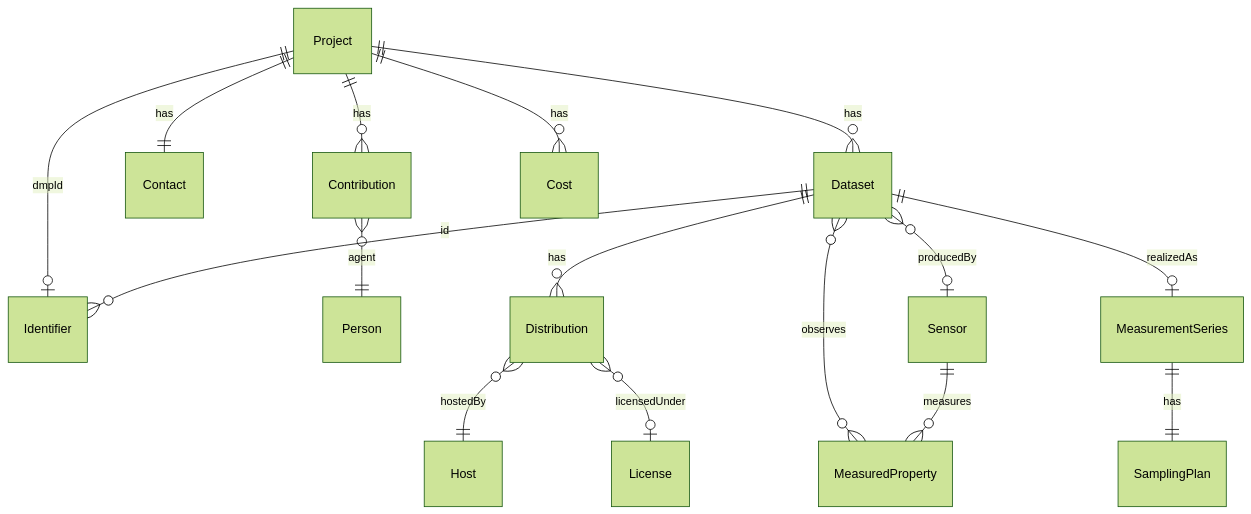
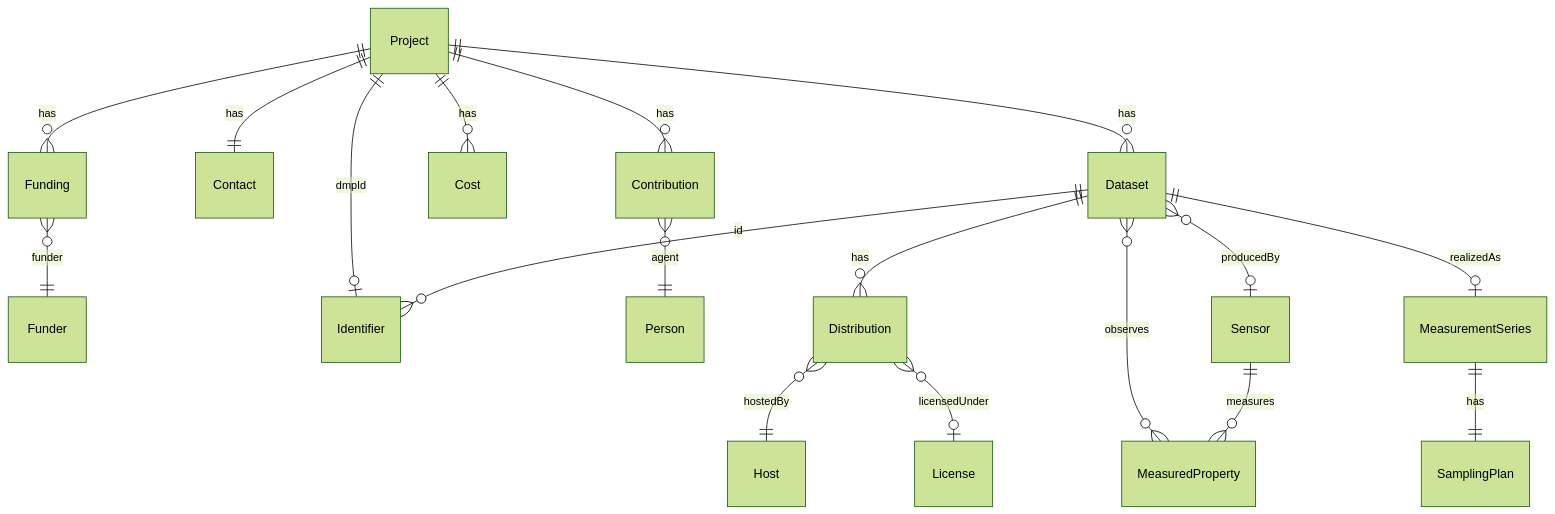
One commit to EnergyDataOrchestrator/regimo-infrastructure changed the diagram in fuseki-proto/inputs/internal-format/04_P04_S04_internal-format-spec.md. Above: the diagram before and after it, drawn with Mermaid (forest theme). The commit also changed other lines of this file and 23 other files, not shown here.

First line of the commit message:
fuseki-proto: internal format funder/funding extension (P43-P47)

````diff
--- a/fuseki-proto/inputs/internal-format/04_P04_S04_internal-format-spec.md
+++ b/fuseki-proto/inputs/internal-format/04_P04_S04_internal-format-spec.md
@@ -28,18 +28,20 @@
 ```mermaid
 erDiagram
     Project ||--o{ Dataset : has
     Project ||--|| Contact : has
     Project ||--o{ Contribution : has
     Project ||--o{ Cost : has
+    Project ||--o{ Funding : has
+    Funding }o--|| Funder : funder
     Project ||--o| Identifier : dmpId
     Contribution }o--|| Person : agent
     Dataset ||--o{ Distribution : has
     Dataset ||--o{ Identifier : id
     Dataset }o--o{ MeasuredProperty : observes
     Dataset }o--o| Sensor : producedBy
     Dataset ||--o| MeasurementSeries : realizedAs
     Sensor ||--o{ MeasuredProperty : measures
     Distribution }o--|| Host : hostedBy
     Distribution }o--o| License : licensedUnder
     MeasurementSeries ||--|| SamplingPlan : has
 ```
````
